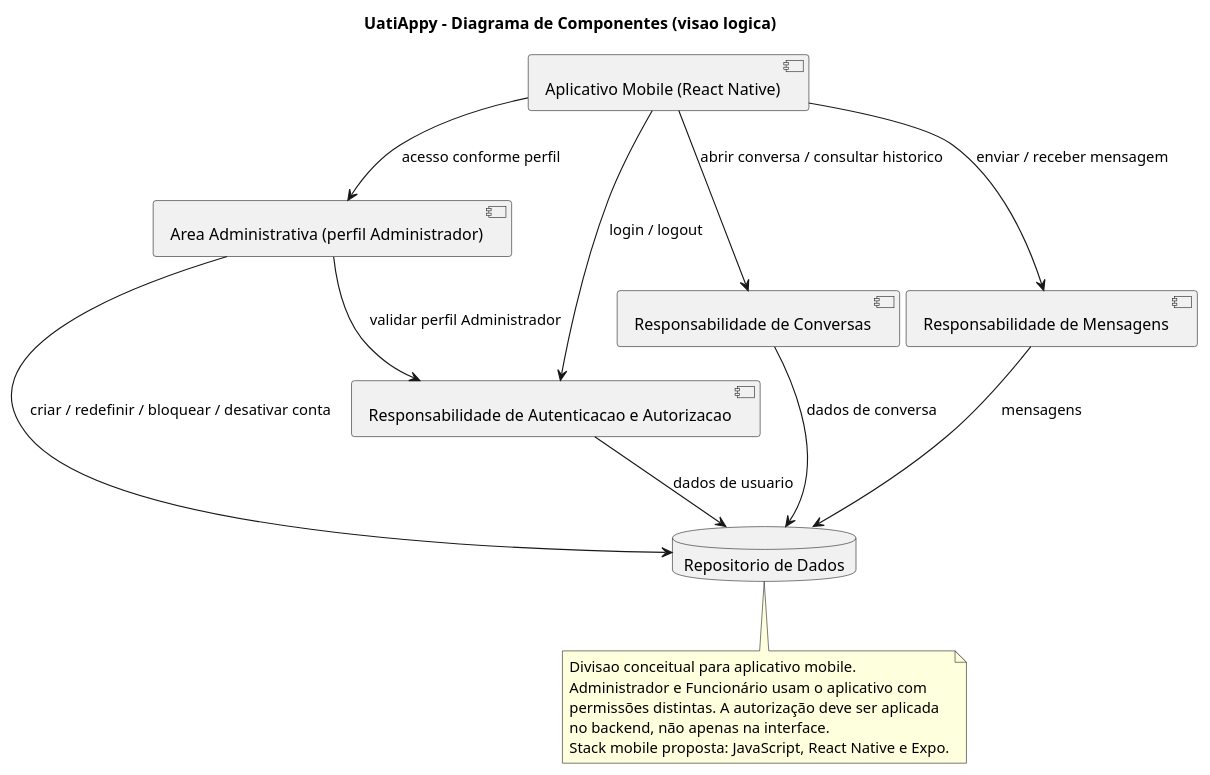
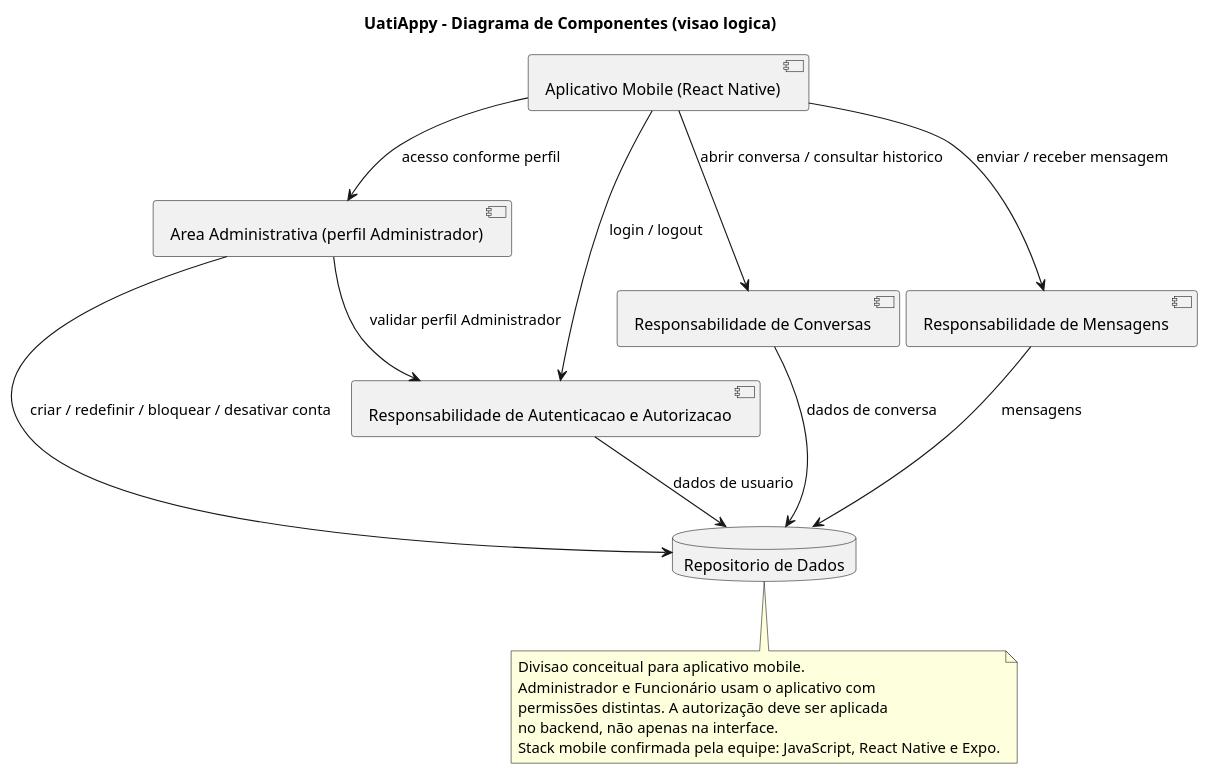
Before and after one commit to daviwanziler/uatiappy-vdois: the second of 10 diagrams in Docs/requisitos/escopo-mvp.md, drawn with PlantUML. The commit also changed other lines of this file and 5 other files, not shown here.

First line of the commit message:
docs: alinhar stack mobile e arquitetura do UatiAppy

````diff
--- a/Docs/requisitos/escopo-mvp.md
+++ b/Docs/requisitos/escopo-mvp.md
@@ -275,30 +275,30 @@
 ```plantuml
 @startuml
 title UatiAppy - Diagrama de Componentes (visao logica)
 
 component "Aplicativo Mobile (React Native)" as UI
 component "Area Administrativa (perfil Administrador)" as ADMINUI
 component "Responsabilidade de Autenticacao e Autorizacao" as AUTH
 component "Responsabilidade de Conversas" as CONV
 component "Responsabilidade de Mensagens" as MSG
 database "Repositorio de Dados" as DATA
 
 UI --> AUTH : login / logout
 UI --> ADMINUI : acesso conforme perfil
 ADMINUI --> AUTH : validar perfil Administrador
 ADMINUI --> DATA : criar / redefinir / bloquear / desativar conta
 UI --> CONV : abrir conversa / consultar historico
 UI --> MSG : enviar / receber mensagem
 AUTH --> DATA : dados de usuario
 CONV --> DATA : dados de conversa
 MSG --> DATA : mensagens
 
 note bottom
   Divisao conceitual para aplicativo mobile.
   Administrador e Funcionário usam o aplicativo com
   permissões distintas. A autorização deve ser aplicada
   no backend, não apenas na interface.
-  Stack mobile proposta: JavaScript, React Native e Expo.
+  Stack mobile confirmada pela equipe: JavaScript, React Native e Expo.
 end note
 @enduml
 ```
````
